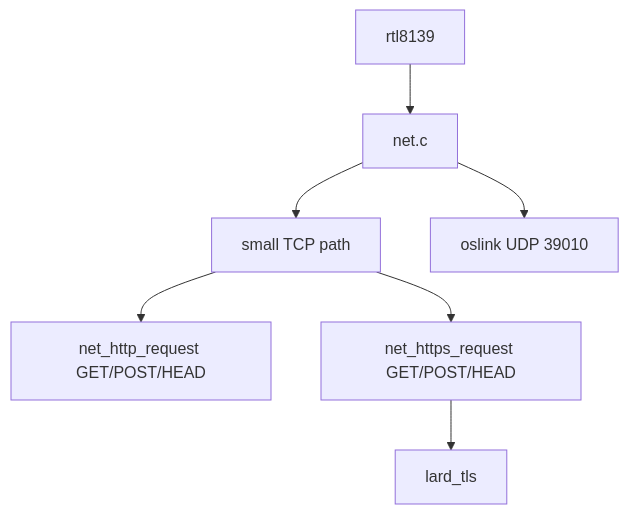
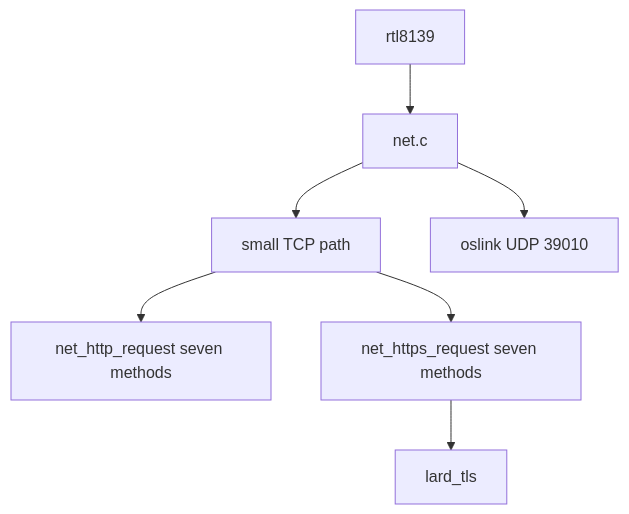
The fourth of 4 diagrams in os/ARCHITECTURE.md (jgchoimd-web/lardos), drawn with Mermaid before and after one commit. The commit also changed other lines of this file and 10 other files, not shown here.

````diff
--- a/os/ARCHITECTURE.md
+++ b/os/ARCHITECTURE.md
@@ -174,15 +174,15 @@
 ```mermaid
 flowchart TB
     RTL["rtl8139"]
     Net["net.c"]
     TCP["small TCP path"]
-    HTTP["net_http_request GET/POST/HEAD"]
-    HTTPS["net_https_request GET/POST/HEAD"]
+    HTTP["net_http_request seven methods"]
+    HTTPS["net_https_request seven methods"]
     OSLink["oslink UDP 39010"]
     TLS["lard_tls"]
 
     RTL --> Net --> TCP
     Net --> OSLink
     TCP --> HTTP
     TCP --> HTTPS --> TLS
 ```
````
